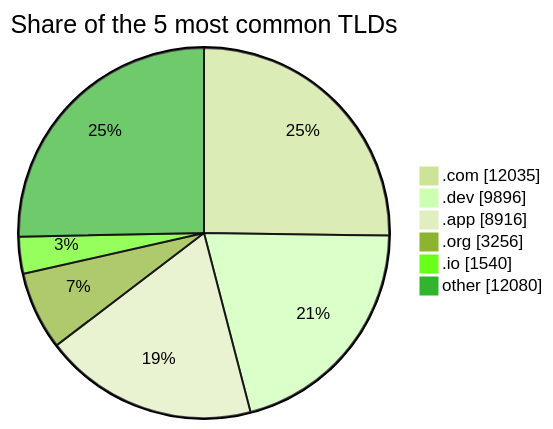
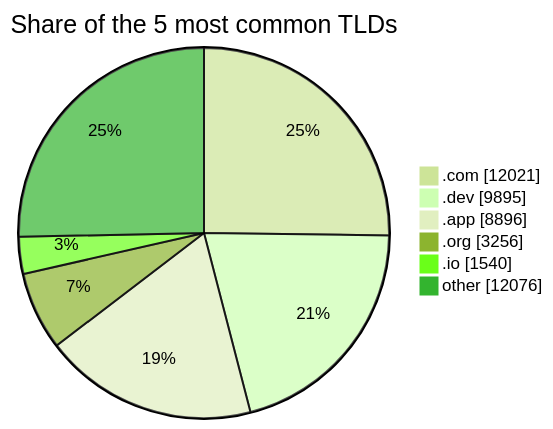
Before and after one commit to DNSBunker/CTI: the third of 3 diagrams in README.md, drawn with Mermaid (forest theme). The commit also changed other lines of this file and 3 other files, not shown here.

````diff
--- a/README.md
+++ b/README.md
@@ -81,9 +81,9 @@
 ```mermaid
 pie showData title Share of the 5 most common TLDs
-    ".com" : 12035
-    ".dev" : 9896
-    ".app" : 8916
+    ".com" : 12021
+    ".dev" : 9895
+    ".app" : 8896
     ".org" : 3256
     ".io" : 1540
-    "other" : 12080
+    "other" : 12076
 ```
````
